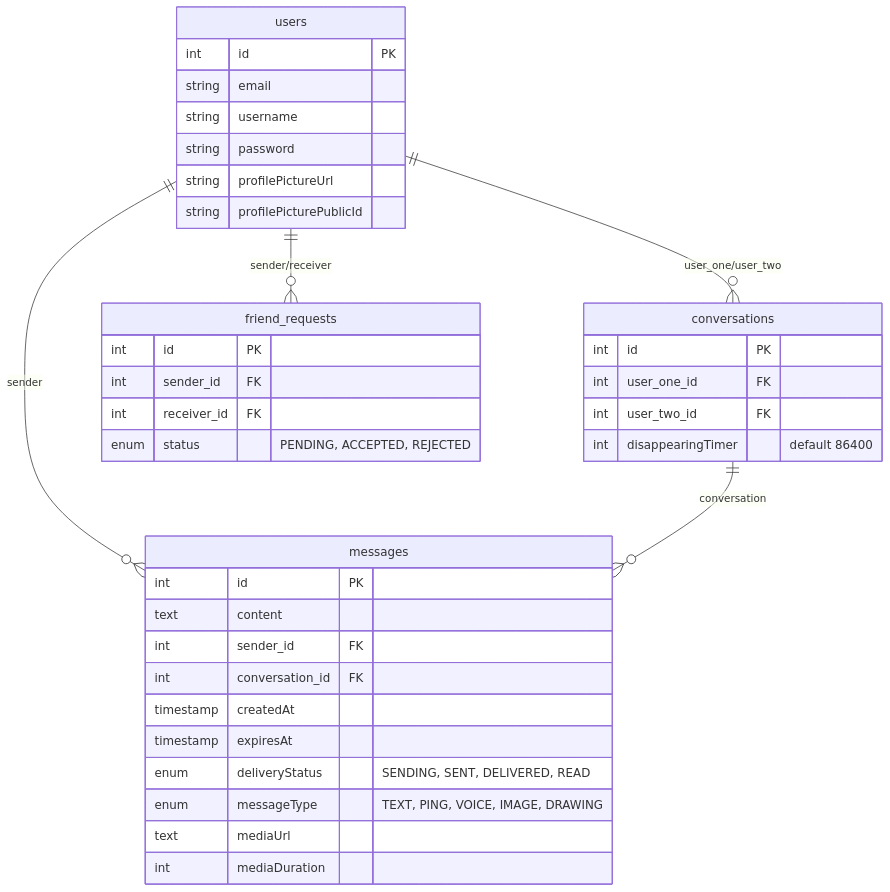
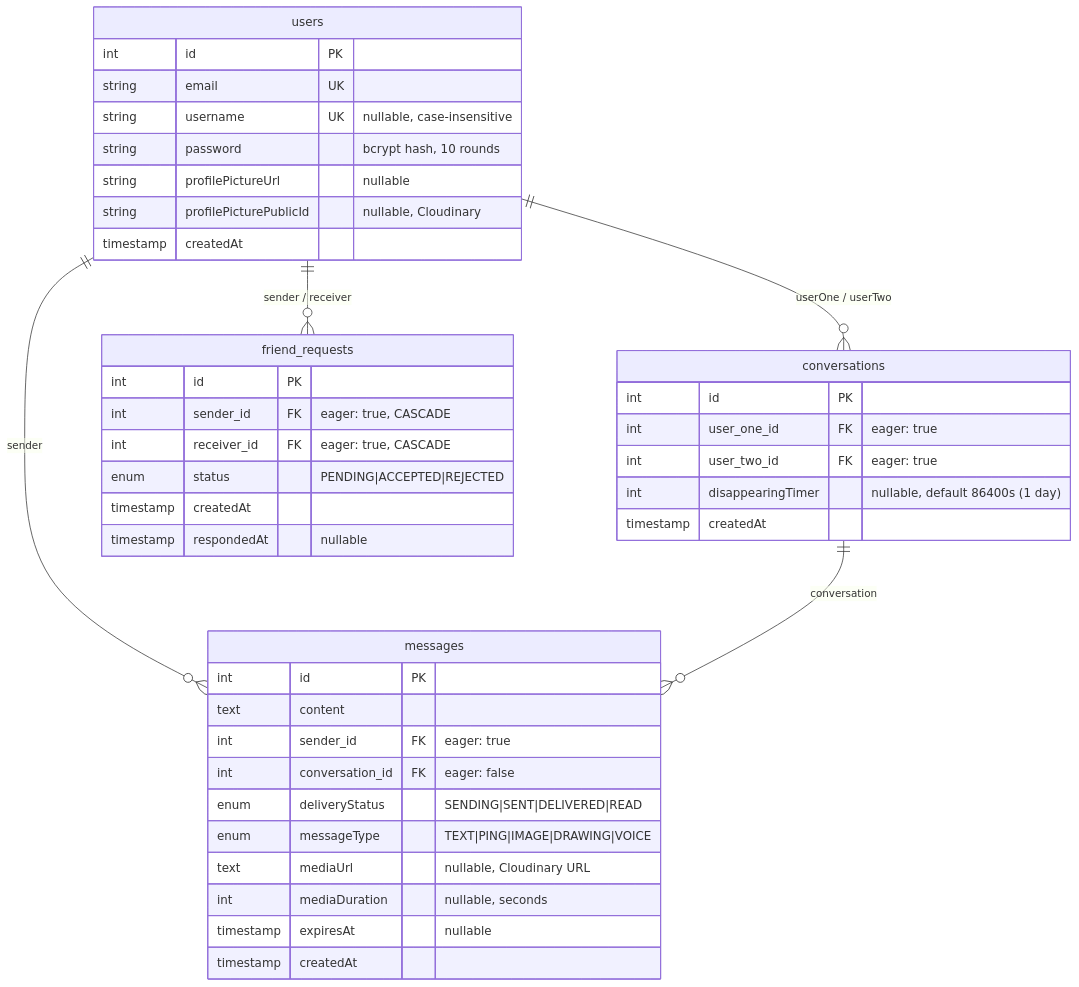
One commit to Lentach/Fireplace changed the third of 11 diagrams in CLAUDE.md. Above: the diagram before and after it, drawn with Mermaid. The commit also changed other lines of this file and 1 other file, not shown here.

First line of the commit message:
feat(voice): scrubbable waveform in voice messages (Telegram-style)

````diff
--- a/CLAUDE.md
+++ b/CLAUDE.md
@@ -122,43 +90,47 @@
 ```mermaid
 erDiagram
-  users ||--o{ conversations : "user_one/user_two"
-  users ||--o{ messages : "sender"
-  users ||--o{ friend_requests : "sender/receiver"
-  conversations ||--o{ messages : "conversation"
+    users ||--o{ conversations : "userOne / userTwo"
+    users ||--o{ messages : "sender"
+    users ||--o{ friend_requests : "sender / receiver"
+    conversations ||--o{ messages : "conversation"
 
-  users {
-    int id PK
-    string email
-    string username
-    string password
-    string profilePictureUrl
-    string profilePicturePublicId
-  }
+    users {
+        int id PK
+        string email UK
+        string username UK "nullable, case-insensitive"
+        string password "bcrypt hash, 10 rounds"
+        string profilePictureUrl "nullable"
+        string profilePicturePublicId "nullable, Cloudinary"
+        timestamp createdAt
+    }
 
-  conversations {
-    int id PK
-    int user_one_id FK
-    int user_two_id FK
-    int disappearingTimer "default 86400"
-  }
+    conversations {
+        int id PK
+        int user_one_id FK "eager: true"
+        int user_two_id FK "eager: true"
+        int disappearingTimer "nullable, default 86400s (1 day)"
+        timestamp createdAt
+    }
 
-  messages {
-    int id PK
-    text content
-    int sender_id FK
-    int conversation_id FK
-    timestamp createdAt
-    timestamp expiresAt
-    enum deliveryStatus "SENDING, SENT, DELIVERED, READ"
-    enum messageType "TEXT, PING, VOICE, IMAGE, DRAWING"
-    text mediaUrl
-    int mediaDuration
-  }
+    messages {
+        int id PK
+        text content
+        int sender_id FK "eager: true"
+        int conversation_id FK "eager: false"
+        enum deliveryStatus "SENDING|SENT|DELIVERED|READ"
+        enum messageType "TEXT|PING|IMAGE|DRAWING|VOICE"
+        text mediaUrl "nullable, Cloudinary URL"
+        int mediaDuration "nullable, seconds"
+        timestamp expiresAt "nullable"
+        timestamp createdAt
+    }
 
-  friend_requests {
-    int id PK
-    int sender_id FK
-    int receiver_id FK
-    enum status "PENDING, ACCEPTED, REJECTED"
-  }
+    friend_requests {
+        int id PK
+        int sender_id FK "eager: true, CASCADE"
+        int receiver_id FK "eager: true, CASCADE"
+        enum status "PENDING|ACCEPTED|REJECTED"
+        timestamp createdAt
+        timestamp respondedAt "nullable"
+    }
 ```
````
